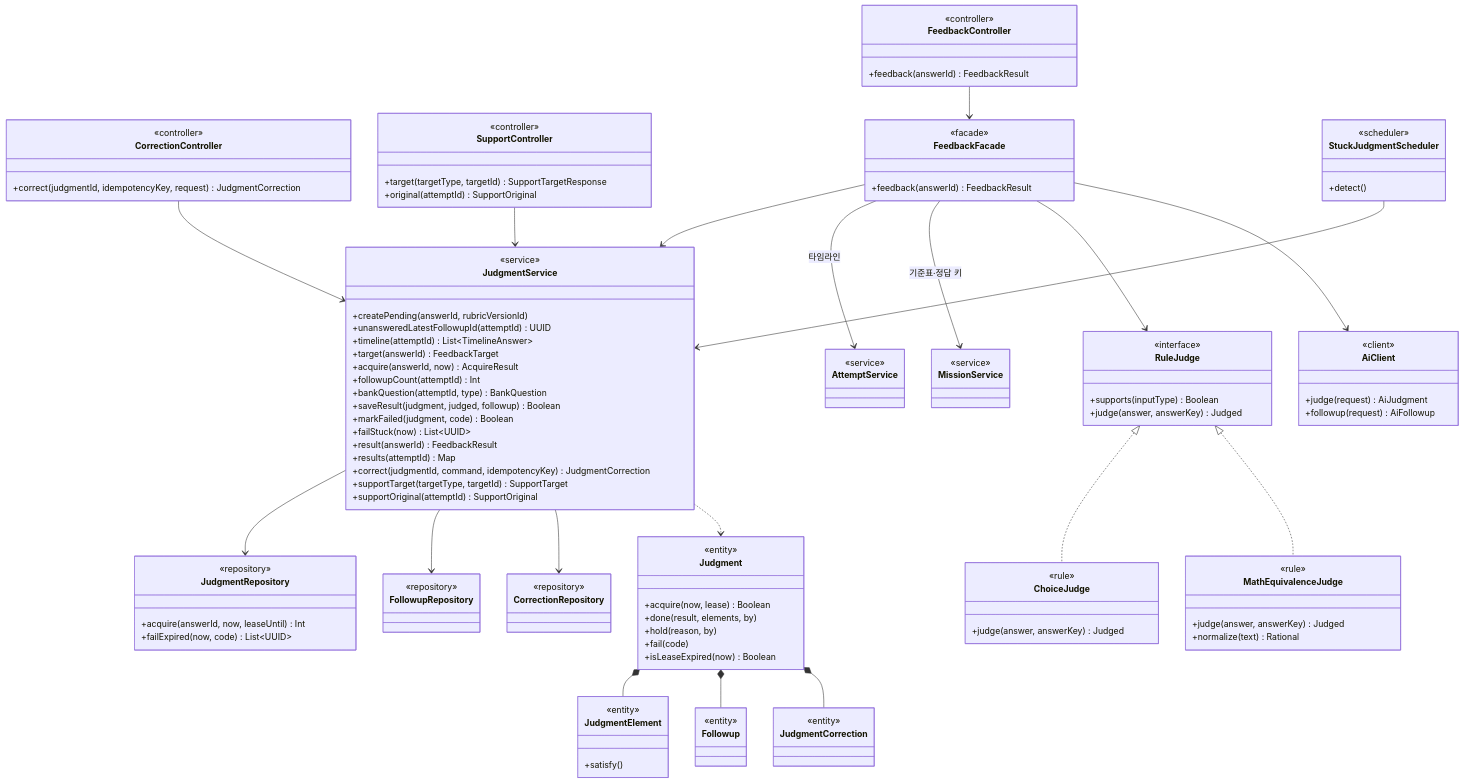
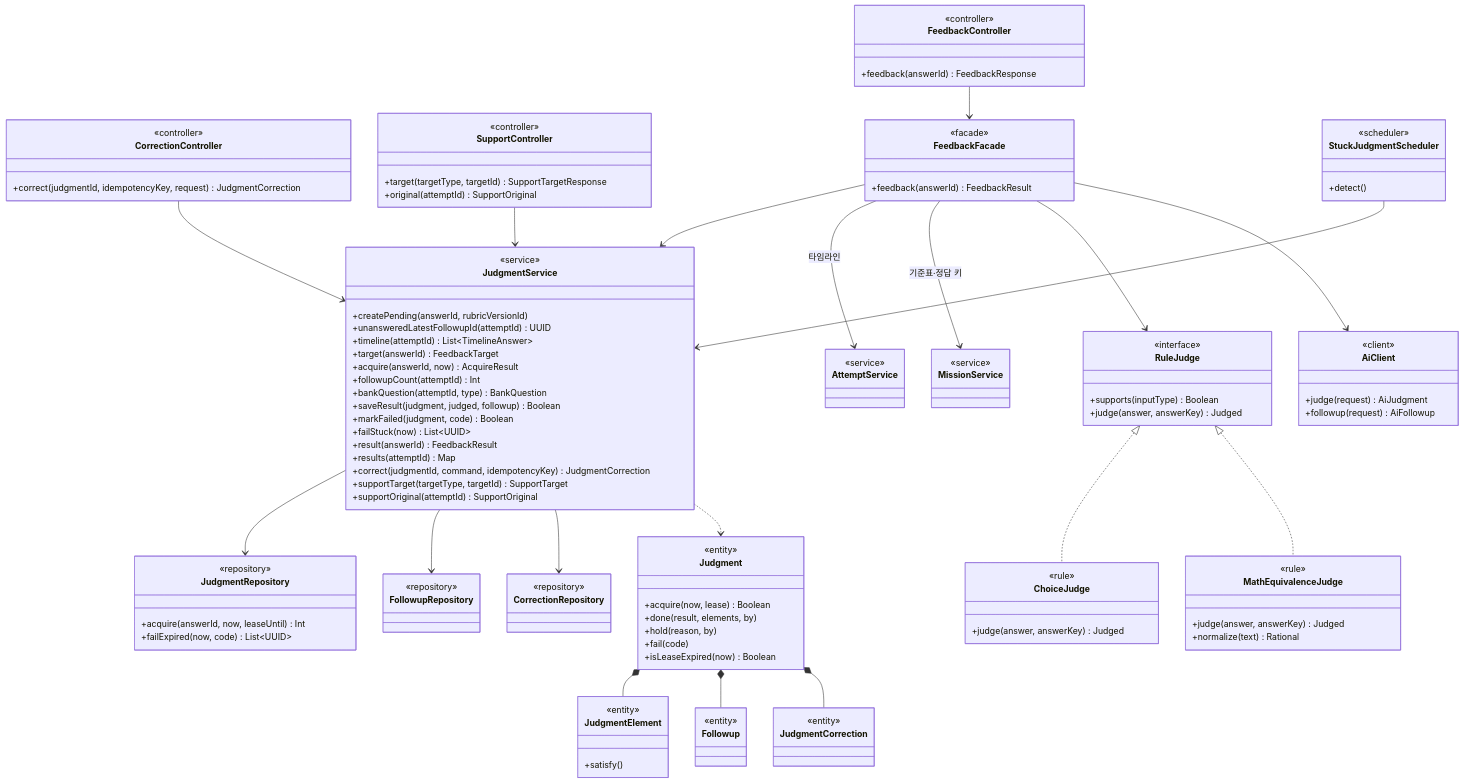
One commit to SKNETWORKS-FAMILY-AICAMP/SKN34-FINAL-3TEAM changed diagram 12 of 23 in docs/design/class-diagram.md. Above: the diagram before and after it, drawn with Mermaid. The commit also changed 26 other files, not shown here.

```diff
--- a/docs/design/class-diagram.md
+++ b/docs/design/class-diagram.md
@@ -1749,7 +1749,7 @@
   direction TB
   class FeedbackController {
     <<controller>>
-    +feedback(answerId) FeedbackResult
+    +feedback(answerId) FeedbackResponse
   }
   class CorrectionController {
     <<controller>>
```
